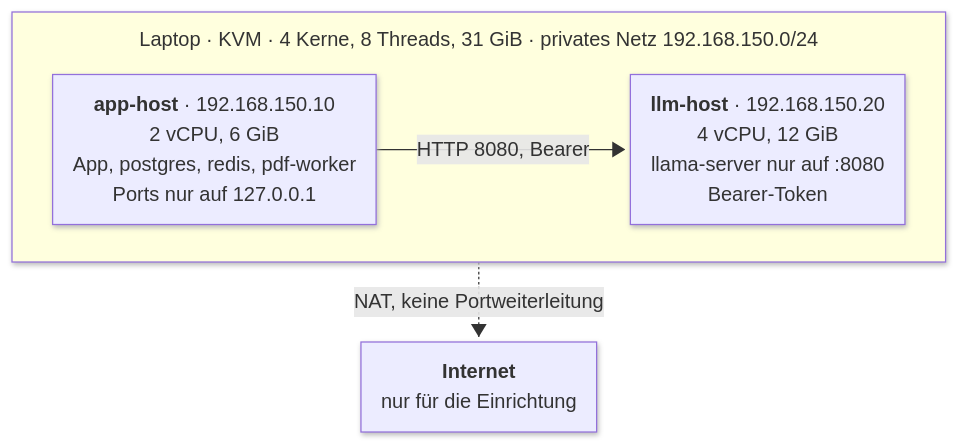
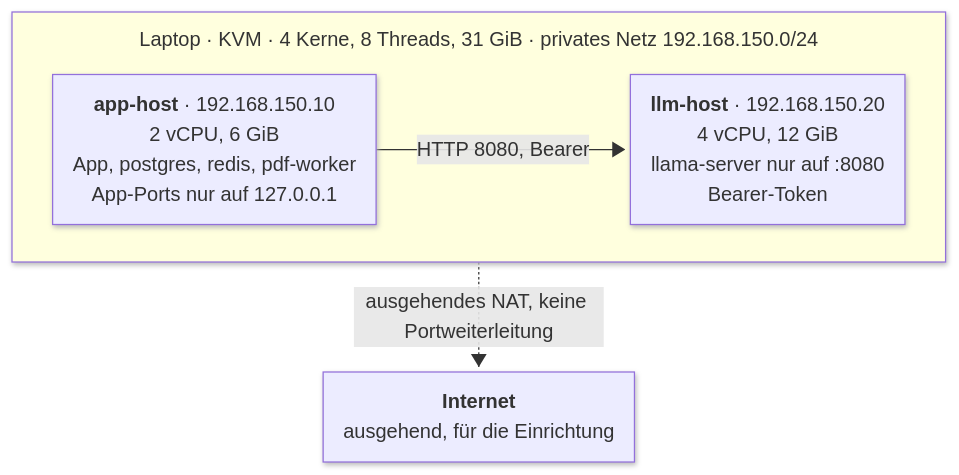
Before and after one commit to NiklasSkulll/arsnova.eu: the diagram in docs/referat-thema-1/diagrams/1b-topologie.mmd, drawn with Mermaid. The commit also changed 6 other files, not shown here.

Commit message:
docs(referat): correct the 1B job sequence and time split after review

```diff
--- a/docs/referat-thema-1/diagrams/1b-topologie.mmd
+++ b/docs/referat-thema-1/diagrams/1b-topologie.mmd
@@ -1,37 +1,37 @@
 ---
 config:
   look: neo
   flowchart:
     curve: basis
     nodeSpacing: 40
     rankSpacing: 40
     padding: 10
     wrappingWidth: 320
     subGraphTitleMargin:
       top: 10
       bottom: 10
 ---
 flowchart TB
   subgraph LAP["Laptop · KVM · 4 Kerne, 8 Threads, 31 GiB · privates Netz 192.168.150.0/24"]
     app["`**app-host** · 192.168.150.10
     2 vCPU, 6 GiB
     App, postgres, redis, pdf-worker
-    Ports nur auf 127.0.0.1`"]
+    App-Ports nur auf 127.0.0.1`"]
     llm["`**llm-host** · 192.168.150.20
     4 vCPU, 12 GiB
     llama-server nur auf :8080
     Bearer-Token`"]
   end
   net["`**Internet**
-  nur für die Einrichtung`"]
+  ausgehend, für die Einrichtung`"]
 
   app e1@-->|"HTTP 8080, Bearer"| llm
-  LAP e2@-.->|"NAT, keine Portweiterleitung"| net
+  LAP e2@-.->|"ausgehendes NAT, keine Portweiterleitung"| net
 
   class app app
   class llm runtime
   class net store
   class LAP legendGroup
   class e1 emph
   class e2 muted
 %% palette
```
